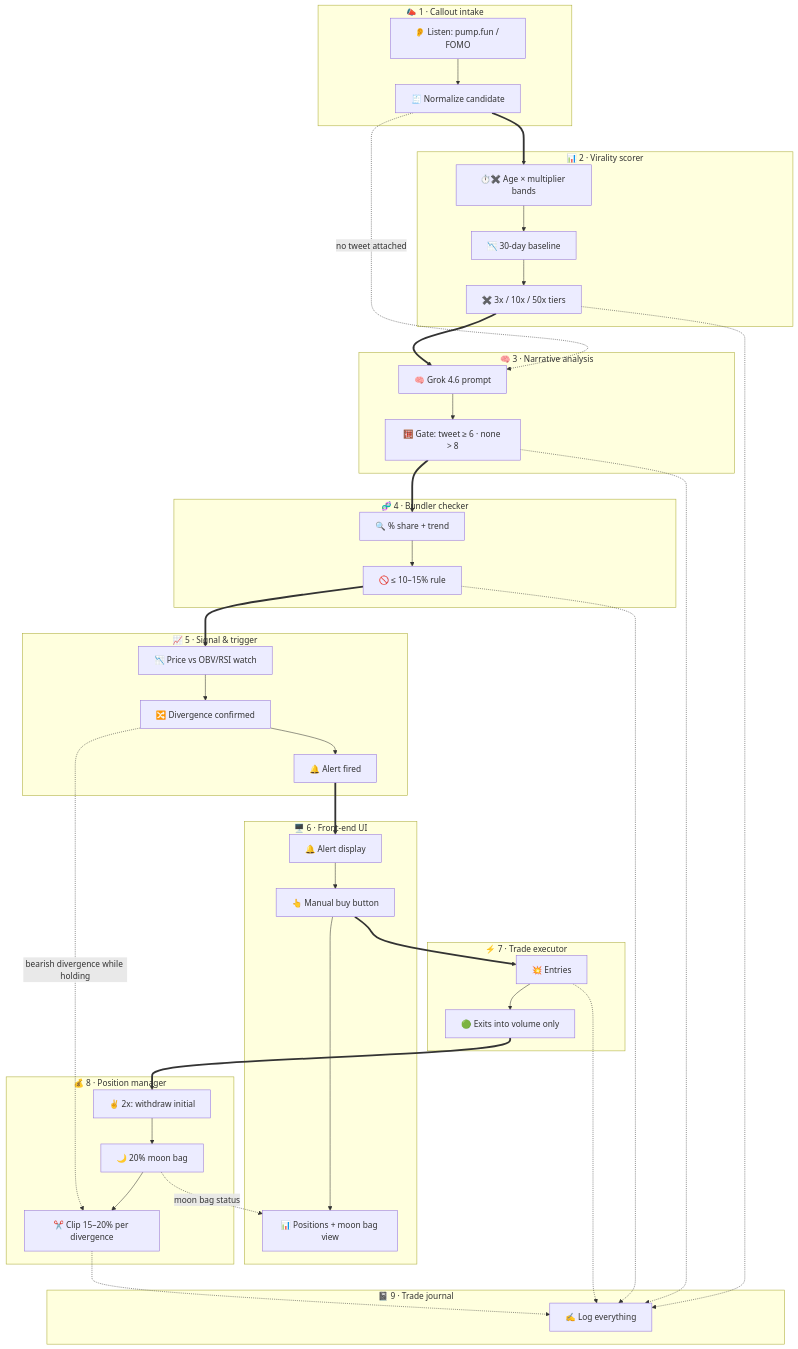
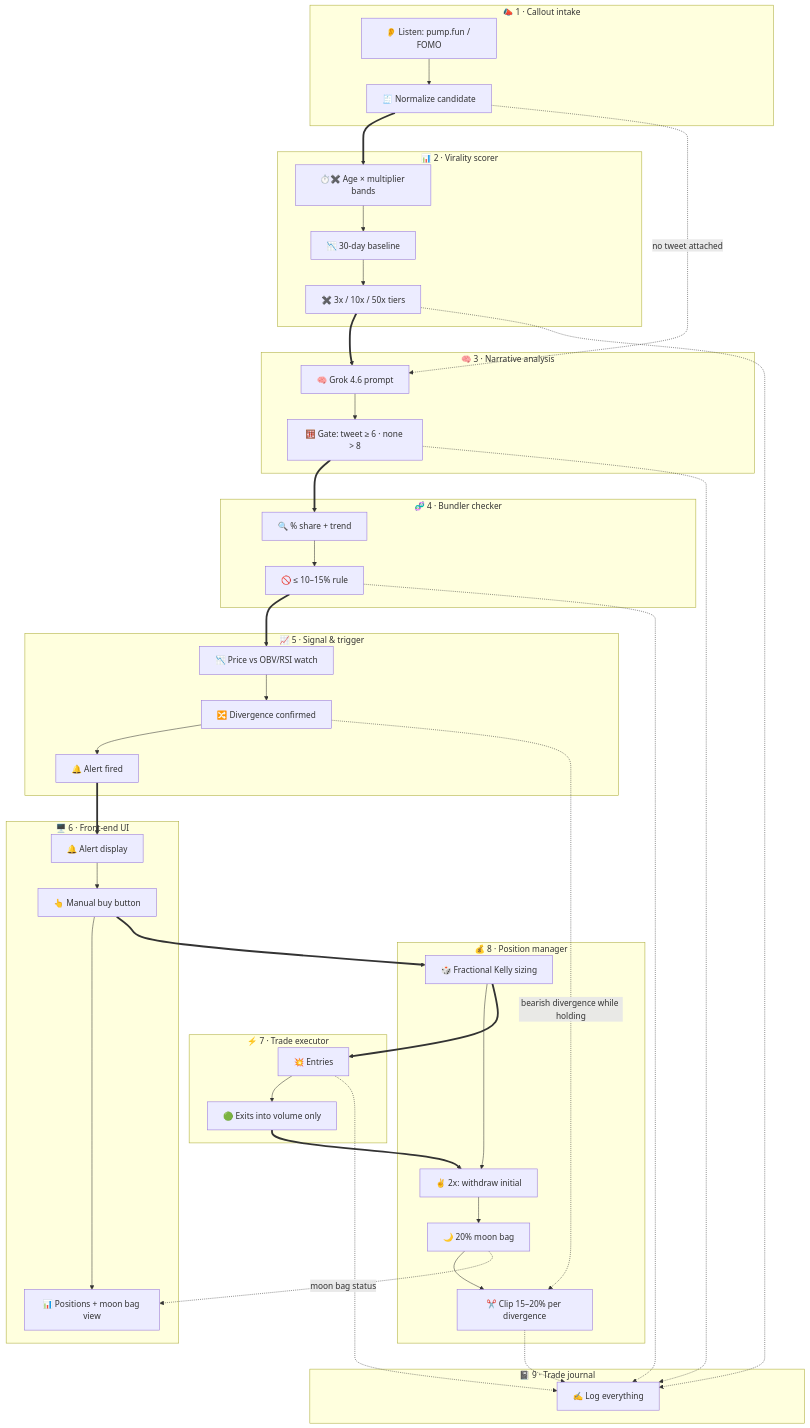
One commit to TR3-AI/idea-slicer changed the second of 2 diagrams in maps/memecoin-virality-trader.md. Above: the diagram before and after it, drawn with Mermaid. The commit also changed other lines of this file, not shown here.

Commit message:
Memecoin: fractional Kelly is the sizing rule [#7]

````diff
--- a/maps/memecoin-virality-trader.md
+++ b/maps/memecoin-virality-trader.md
@@ -335,45 +346,46 @@
 ```mermaid
 flowchart TD
   subgraph INTAKE["📣 1 · Callout intake"]
     I1["👂 Listen: pump.fun / FOMO"] --> I2["🧾 Normalize candidate"]
   end
   subgraph SCORE["📊 2 · Virality scorer"]
     V1["⏱️✖️ Age × multiplier bands"] --> V2["📉 30-day baseline"] --> V3["✖️ 3x / 10x / 50x tiers"]
   end
   subgraph GROK["🧠 3 · Narrative analysis"]
     G1["🧠 Grok 4.6 prompt"] --> G2["🧮 Gate: tweet ≥ 6 · none > 8"]
   end
   subgraph BUND["🧬 4 · Bundler checker"]
     B1["🔍 % share + trend"] --> B2["🚫 ≤ 10–15% rule"]
   end
   subgraph SIG["📈 5 · Signal & trigger"]
     T1["📉 Price vs OBV/RSI watch"] --> T2["🔀 Divergence confirmed"] --> T3["🔔 Alert fired"]
   end
   subgraph UI["🖥️ 6 · Front-end UI"]
     U1["🔔 Alert display"] --> U2["👆 Manual buy button"] --> U3["📊 Positions + moon bag view"]
   end
   subgraph EXEC["⚡ 7 · Trade executor"]
     X1["💥 Entries"] --> X2["🟢 Exits into volume only"]
   end
   subgraph POS["💰 8 · Position manager"]
-    P1["✌️ 2x: withdraw initial"] --> P2["🌙 20% moon bag"] --> P3["✂️ Clip 15–20% per divergence"]
+    P0["🎲 Fractional Kelly sizing"] --> P1["✌️ 2x: withdraw initial"] --> P2["🌙 20% moon bag"] --> P3["✂️ Clip 15–20% per divergence"]
   end
   subgraph LOG["📓 9 · Trade journal"]
     L1["✍️ Log everything"]
   end
   I2 ==> V1
   I2 -.->|"no tweet attached"| G1
   V3 ==> G1
   G2 ==> B1
   B2 ==> T1
   T3 ==> U1
-  U2 ==> X1
+  U2 ==> P0
+  P0 ==> X1
   X2 ==> P1
   T2 -.->|bearish divergence while holding| P3
   P2 -.->|moon bag status| U3
   V3 -.-> L1
   G2 -.-> L1
   B2 -.-> L1
   X1 -.-> L1
   P3 -.-> L1
 ```
````
